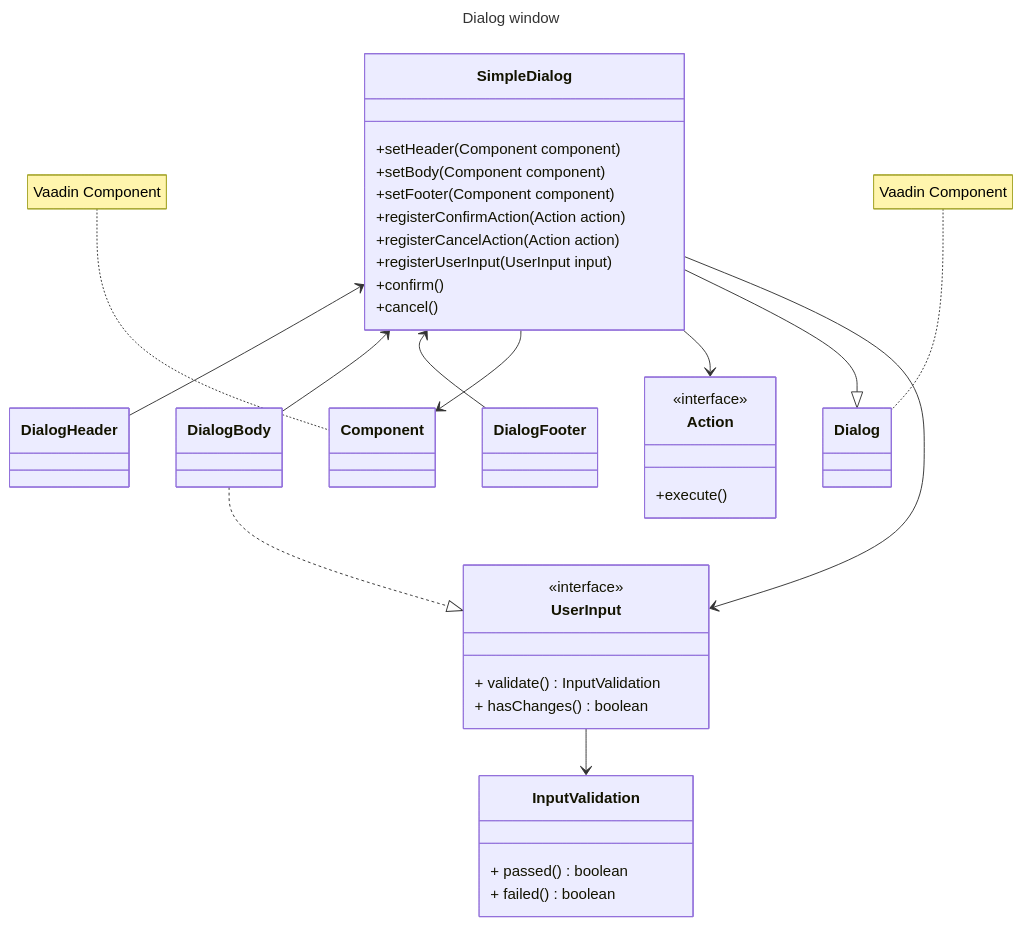
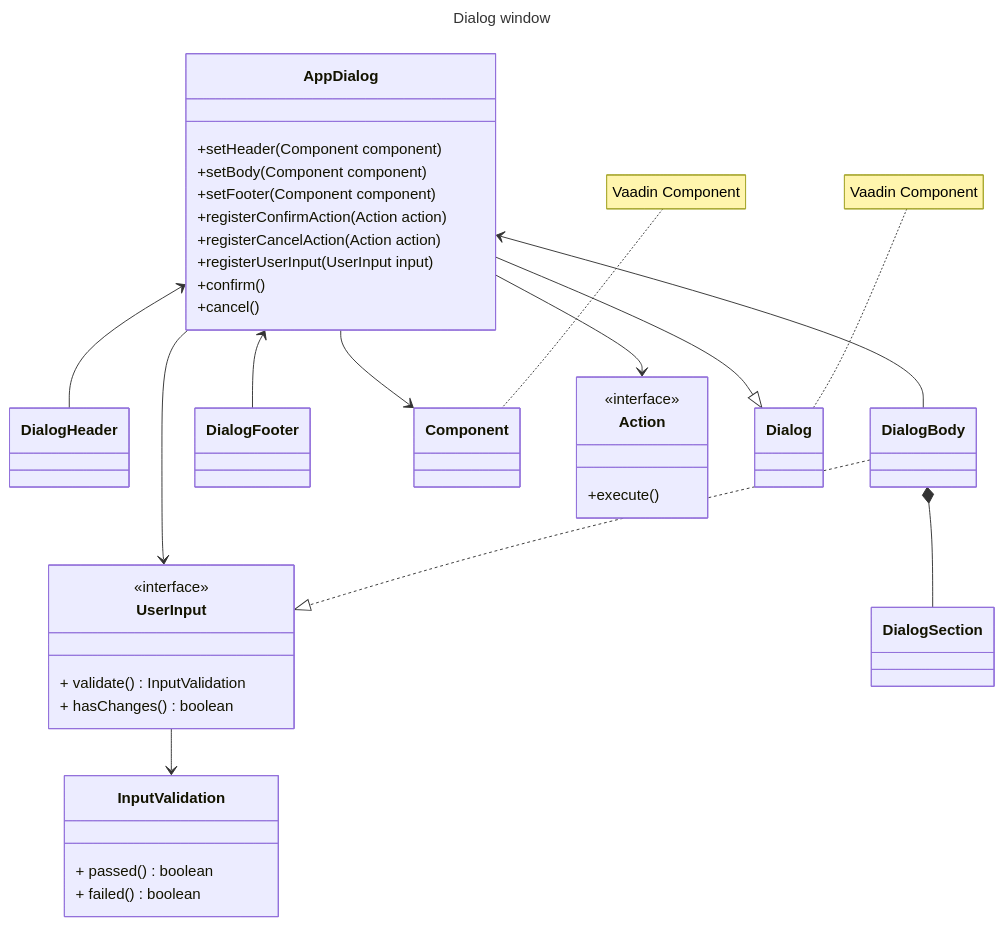
The diagram in user-interface/front-end-components.md (qbicsoftware/data-manager-app), drawn with Mermaid before and after one commit. The commit also changed 1 other file, not shown here.

Commit message:
Update ER

````diff
--- a/user-interface/front-end-components.md
+++ b/user-interface/front-end-components.md
@@ -6,63 +6,68 @@
 ```mermaid
 ---
 title: Dialog window
 ---
 
 classDiagram
     note for Component "Vaadin Component"
     note for Dialog "Vaadin Component"
-    SimpleDialog <-- DialogHeader
-    SimpleDialog <-- DialogBody
-    SimpleDialog <-- DialogFooter
+    AppDialog <-- DialogHeader
+    AppDialog <-- DialogBody
+    AppDialog <-- DialogFooter
     DialogBody ..|> UserInput
     UserInput --> InputValidation
-    SimpleDialog --> Component
-    SimpleDialog --> Action
-    SimpleDialog --|> Dialog
-    SimpleDialog --> UserInput
+    AppDialog --> Component
+    AppDialog --> Action
+    AppDialog --|> Dialog
+    AppDialog --> UserInput
+    DialogBody *-- DialogSection
     
     class Dialog {
+        
+    }
+    
+    class DialogSection {
         
     }
 
     class Component {
     }
 
-    class SimpleDialog {
+    class AppDialog {
         +setHeader(Component component)
         +setBody(Component component)
         +setFooter(Component component)
         +registerConfirmAction(Action action)
         +registerCancelAction(Action action)
         +registerUserInput(UserInput input)
         
         +confirm()
         +cancel()
     }
 
     class DialogHeader {
     }
 
     class DialogBody {
     }
 
     class Action {
         <<interface>>
         +execute()
     }
 
     class DialogFooter {
     }
 
     class InputValidation {
         + passed() boolean
         + failed() boolean
     }
 
     class UserInput {
         <<interface>>
         + validate() InputValidation
         + hasChanges() boolean
     }
 
 ```
````
